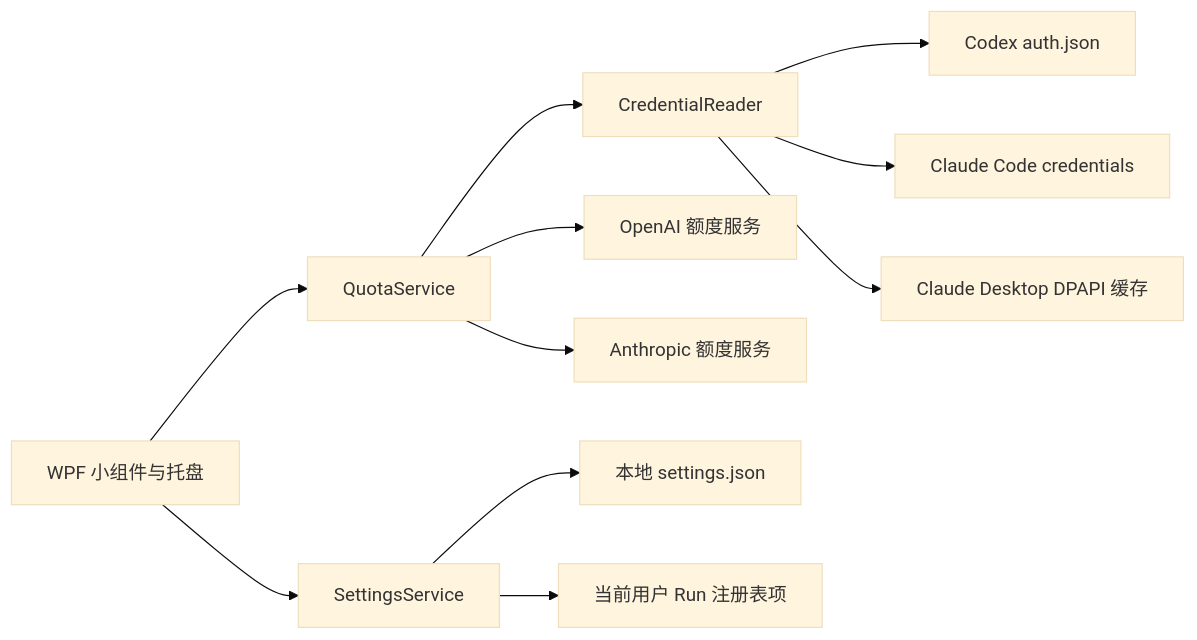
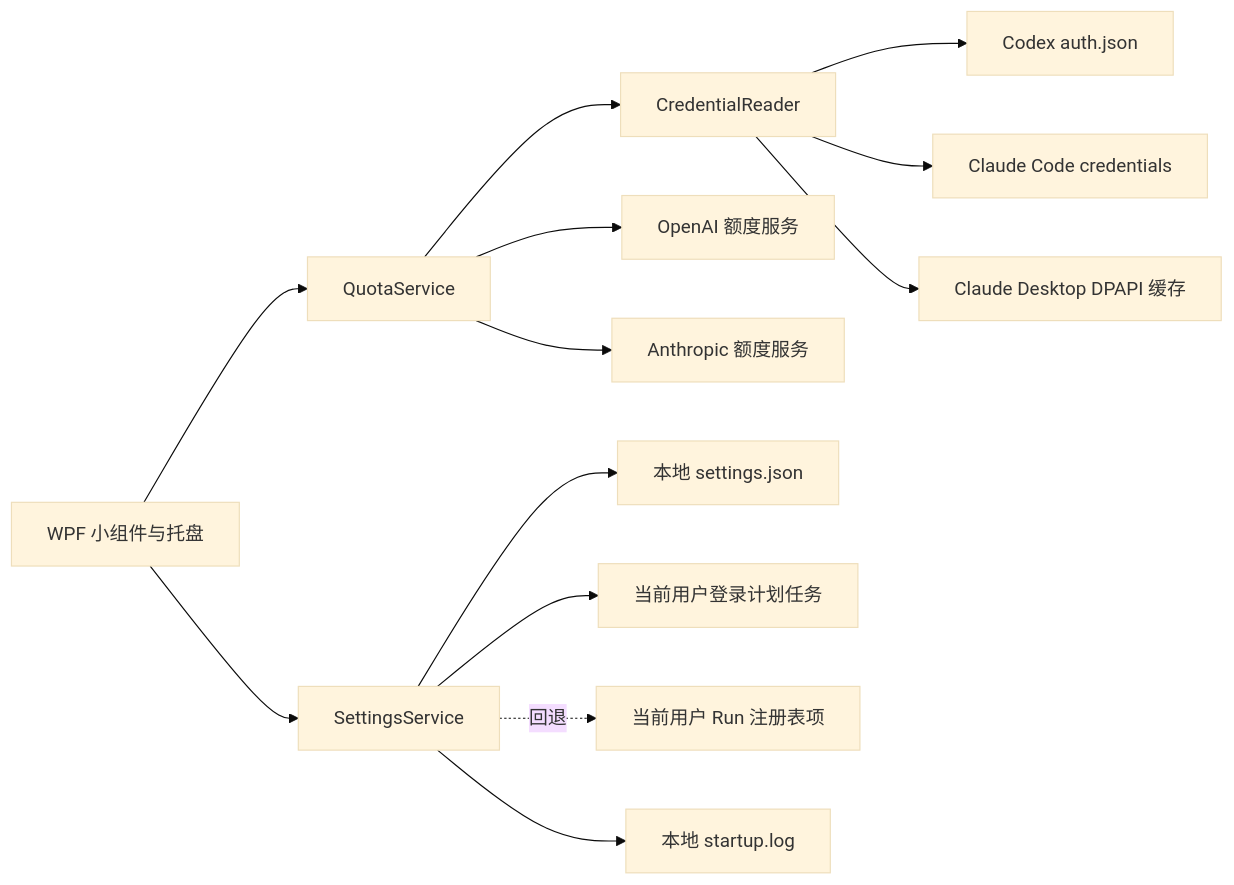
The diagram in docs/ARCHITECTURE.md (Torbjorn-Zhang/quota-lens), drawn with Mermaid (base theme) before and after one commit. The commit also changed other lines of this file and 9 other files, not shown here.

````diff
--- a/docs/ARCHITECTURE.md
+++ b/docs/ARCHITECTURE.md
@@ -7,13 +7,15 @@
 ```mermaid
 flowchart LR
     UI[WPF 小组件与托盘] --> QS[QuotaService]
     QS --> CR[CredentialReader]
     CR --> CX[Codex auth.json]
     CR --> CC[Claude Code credentials]
     CR --> CD[Claude Desktop DPAPI 缓存]
     QS --> OA[OpenAI 额度服务]
     QS --> AN[Anthropic 额度服务]
     UI --> SS[SettingsService]
     SS --> FS[本地 settings.json]
-    SS --> REG[当前用户 Run 注册表项]
+    SS --> TASK[当前用户登录计划任务]
+    SS -.回退.-> REG[当前用户 Run 注册表项]
+    SS --> LOG[本地 startup.log]
 ```
````
